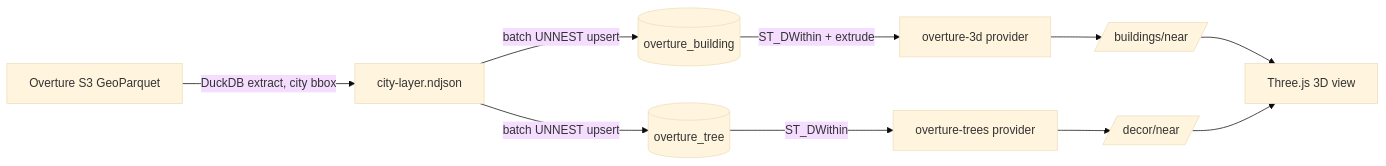
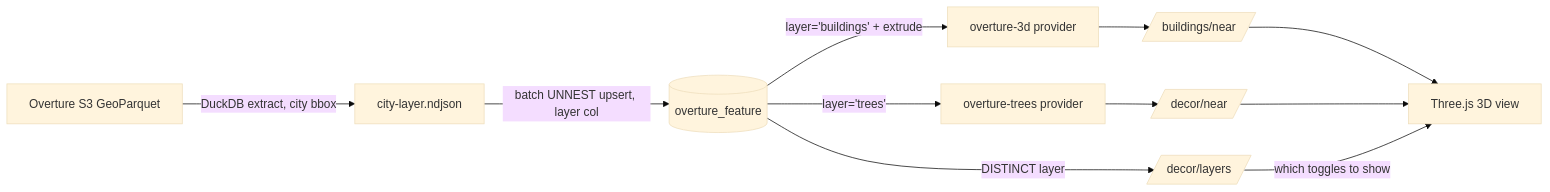
Before and after one commit to Poglavar/consensus-builder: the diagram in overture-buildings.md, drawn with Mermaid (base theme). The commit also changed other lines of this file and 13 other files, not shown here.

First line of the commit message:
Overture: consolidate layers into one overture_feature table + data-driven scenery toggles

````diff
--- a/overture-buildings.md
+++ b/overture-buildings.md
@@ -28,10 +31,11 @@
 ```mermaid
 flowchart LR
   O[Overture S3 GeoParquet] -->|DuckDB extract, city bbox| N[city-layer.ndjson]
-  N -->|batch UNNEST upsert| Tb[(overture_building)]
-  N -->|batch UNNEST upsert| Tt[(overture_tree)]
-  Tb -->|ST_DWithin + extrude| Pb[overture-3d provider] --> R[/buildings/near/]
-  Tt -->|ST_DWithin| Pt[overture-trees provider] --> D[/decor/near/]
+  N -->|batch UNNEST upsert, layer col| T[(overture_feature)]
+  T -->|layer='buildings' + extrude| Pb[overture-3d provider] --> R[/buildings/near/]
+  T -->|layer='trees'| Pt[overture-trees provider] --> D[/decor/near/]
+  T -->|DISTINCT layer| L[/decor/layers/]
   R --> F[Three.js 3D view]
   D --> F
+  L -->|which toggles to show| F
 ```
````
